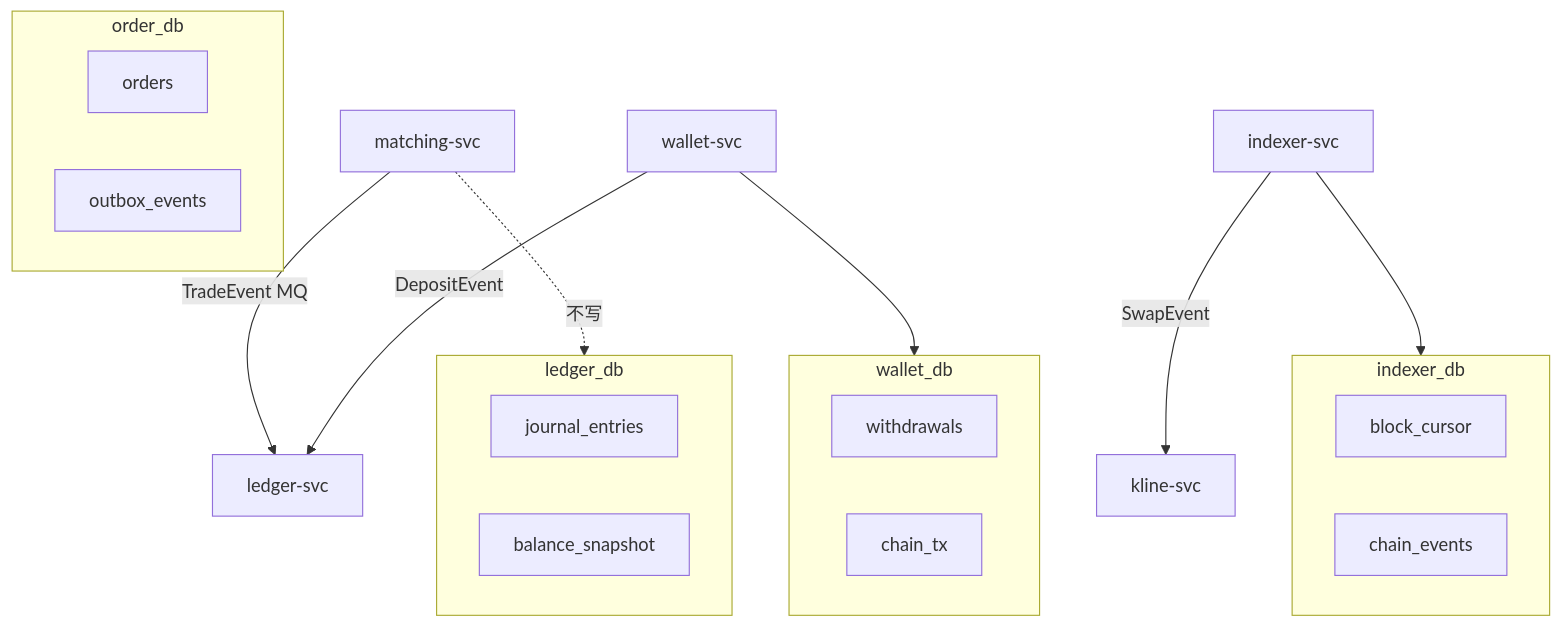
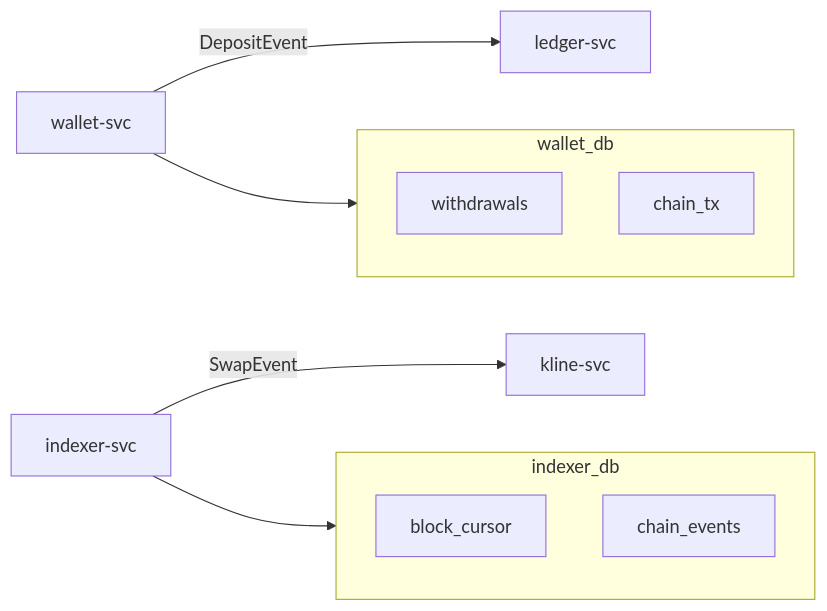
One commit to twodog-tt/Golang-development-manual changed the second of 3 diagrams in docs/interview/15-microservices-exchange/S-MSVC-04-database-per-service.md. Above: the diagram before and after it, drawn with Mermaid. The commit also changed 15 other files, not shown here.

Commit message:
feat: add interactive Mermaid viewer

````diff
--- a/docs/interview/15-microservices-exchange/S-MSVC-04-database-per-service.md
+++ b/docs/interview/15-microservices-exchange/S-MSVC-04-database-per-service.md
@@ -38,25 +58,15 @@
 ```mermaid
-flowchart TB
-  subgraph order_db
-    Orders[orders]
-    Outbox1[outbox_events]
-  end
-  subgraph ledger_db
-    Journal[journal_entries]
-    Balance[balance_snapshot]
-  end
+flowchart LR
   subgraph wallet_db
     Withdraw[withdrawals]
     ChainTx[chain_tx]
   end
   subgraph indexer_db
     Cursor[block_cursor]
     Events[chain_events]
   end
-  ME[matching-svc] -->|TradeEvent MQ| Ledger[ledger-svc]
-  ME -.->|不写| ledger_db
   Wallet[wallet-svc] --> wallet_db
-  Wallet -->|DepositEvent| Ledger
+  Wallet -->|DepositEvent| Ledger[ledger-svc]
   Idx[indexer-svc] --> indexer_db
   Idx -->|SwapEvent| Kline[kline-svc]
 ```
````
